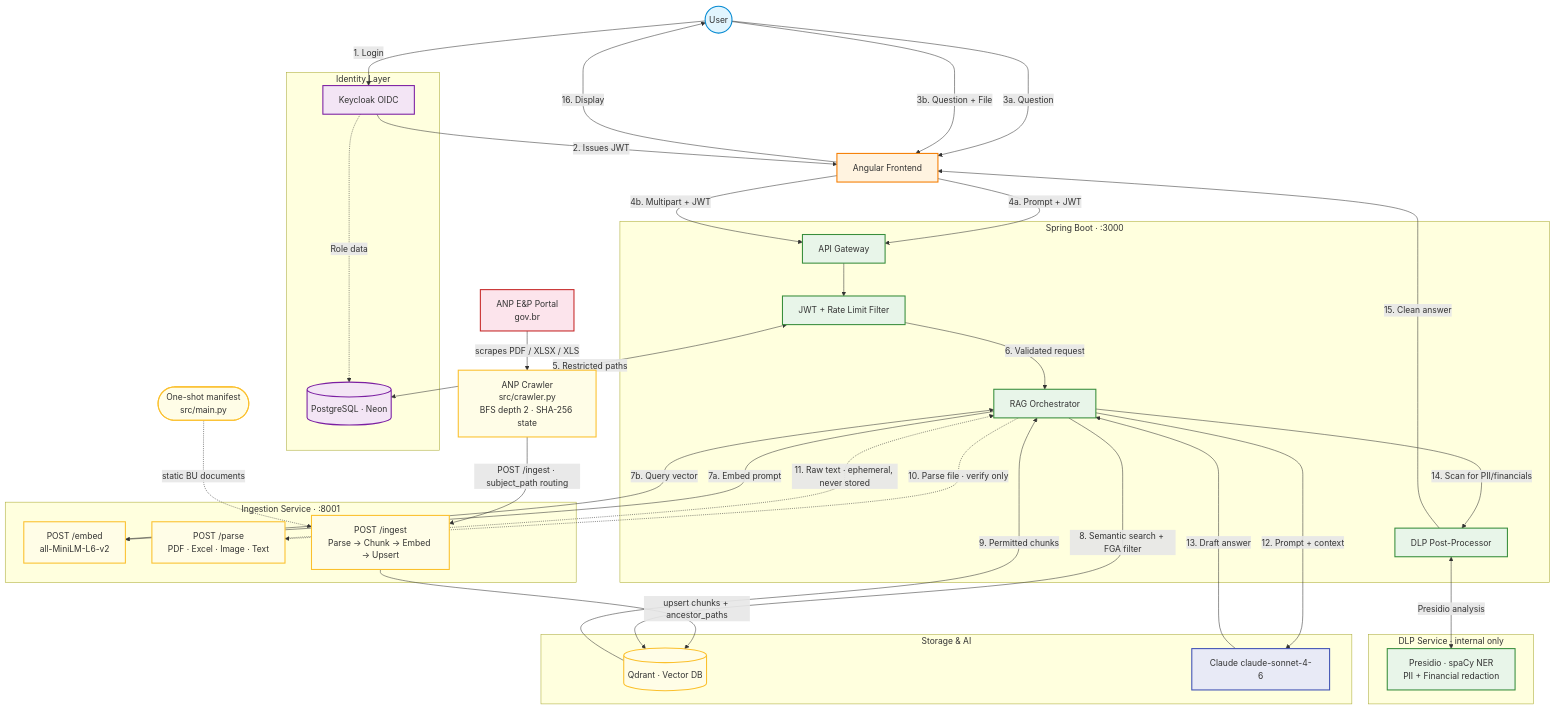
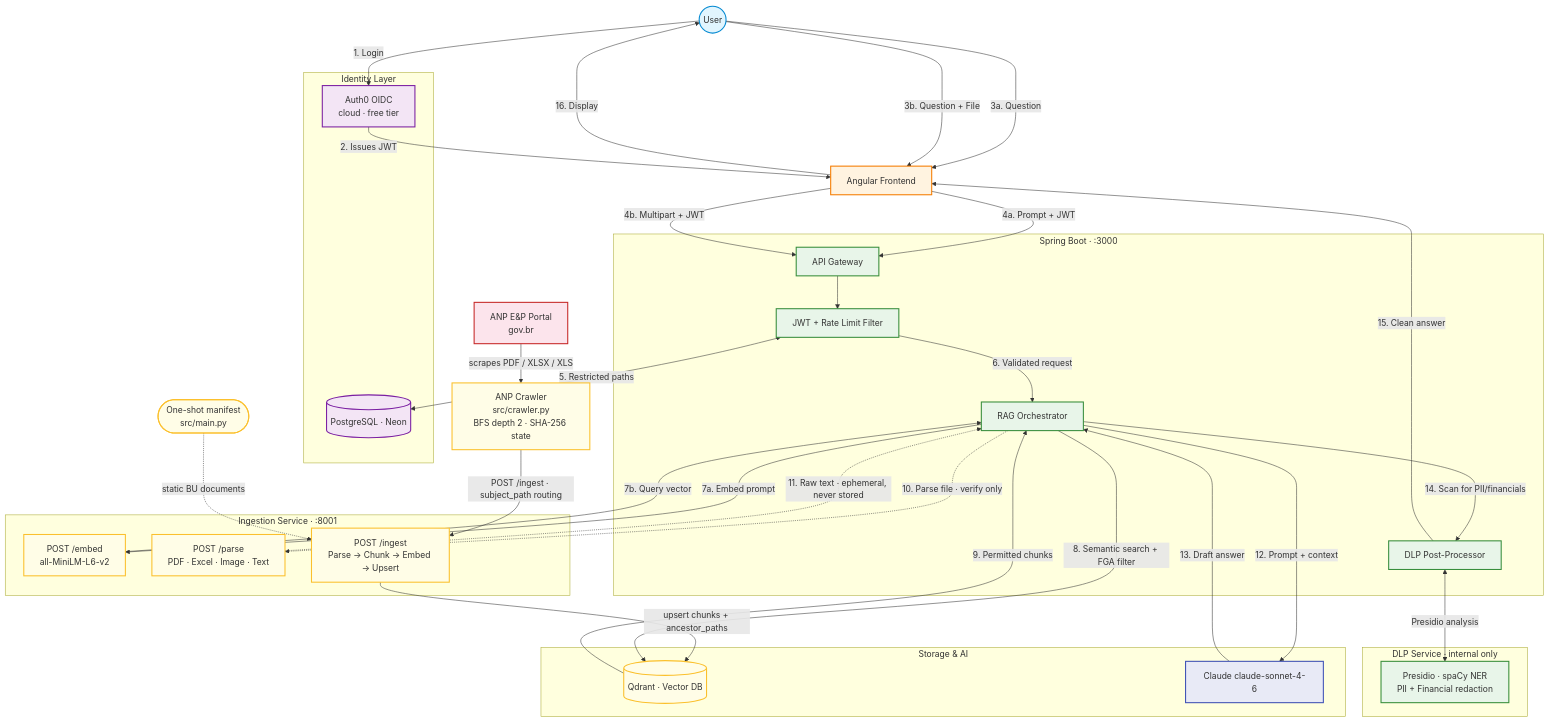
The diagram in README.md (marcelorvergara/Enterprise-SecureChat), drawn with Mermaid before and after one commit. The commit also changed other lines of this file and 18 other files, not shown here.

Commit message:
migr: From Keycloak to Auth0

````diff
--- a/README.md
+++ b/README.md
@@ -14,81 +14,80 @@
 ```mermaid
 flowchart TD
     classDef user fill:#e1f5fe,stroke:#0288d1,stroke-width:2px;
     classDef frontend fill:#fff3e0,stroke:#f57c00,stroke-width:2px;
     classDef backend fill:#e8f5e9,stroke:#388e3c,stroke-width:2px;
     classDef identity fill:#f3e5f5,stroke:#7b1fa2,stroke-width:2px;
     classDef data fill:#fffde7,stroke:#fbc02d,stroke-width:2px;
     classDef ai fill:#e8eaf6,stroke:#3f51b5,stroke-width:2px;
     classDef external fill:#fce4ec,stroke:#c62828,stroke-width:2px;
 
     User((User)):::user
     UI[Angular Frontend]:::frontend
 
     ANP[ANP E&P Portal<br/>gov.br]:::external
     Crawler[ANP Crawler<br/>src/crawler.py<br/>BFS depth 2 · SHA-256 state]:::data
 
     subgraph Identity [Identity Layer]
-        Keycloak[Keycloak OIDC]:::identity
+        Auth0[Auth0 OIDC<br/>cloud · free tier]:::identity
         Postgres[(PostgreSQL · Neon)]:::identity
     end
 
     subgraph Ingestion [Ingestion Service · :8001]
         Embed[POST /embed<br/>all-MiniLM-L6-v2]:::data
         Parse[POST /parse<br/>PDF · Excel · Image · Text]:::data
         Ingest[POST /ingest<br/>Parse → Chunk → Embed → Upsert]:::data
     end
 
     subgraph Backend [Spring Boot · :3000]
         API[API Gateway]:::backend
         Filter[JWT + Rate Limit Filter]:::backend
         RAG[RAG Orchestrator]:::backend
         DLPClient[DLP Post-Processor]:::backend
     end
 
     subgraph Storage [Storage & AI]
         VDB[(Qdrant · Vector DB)]:::data
         LLM[Claude claude-sonnet-4-6]:::ai
     end
 
     subgraph DLPService [DLP Service · internal only]
         Presidio[Presidio · spaCy NER<br/>PII + Financial redaction]:::backend
     end
 
     ANP -->|scrapes PDF / XLSX / XLS| Crawler
     Crawler -->|POST /ingest · subject_path routing| Ingest
     Ingest -->|upsert chunks + ancestor_paths| VDB
 
     ManifestIngest([One-shot manifest<br/>src/main.py]):::data
     ManifestIngest -.->|static BU documents| Ingest
 
-    User -->|1. Login| Keycloak
-    Keycloak -->|2. Issues JWT| UI
-    Keycloak -.->|Role data| Postgres
+    User -->|1. Login| Auth0
+    Auth0 -->|2. Issues JWT| UI
 
     User -->|3a. Question| UI
     User -->|3b. Question + File| UI
 
     UI -->|4a. Prompt + JWT| API
     UI -->|4b. Multipart + JWT| API
 
     API --> Filter
     Filter <-->|5. Restricted paths| Postgres
     Filter -->|6. Validated request| RAG
 
     RAG -->|7a. Embed prompt| Embed
     Embed -->|7b. Query vector| RAG
 
     RAG -->|8. Semantic search + FGA filter| VDB
     VDB -->|9. Permitted chunks| RAG
 
     RAG -.->|10. Parse file · verify only| Parse
     Parse -.->|11. Raw text · ephemeral, never stored| RAG
 
     RAG -->|12. Prompt + context| LLM
     LLM -->|13. Draft answer| RAG
 
     RAG -->|14. Scan for PII/financials| DLPClient
     DLPClient <-->|Presidio analysis| Presidio
     DLPClient -->|15. Clean answer| UI
     UI -->|16. Display| User
 ```
````
